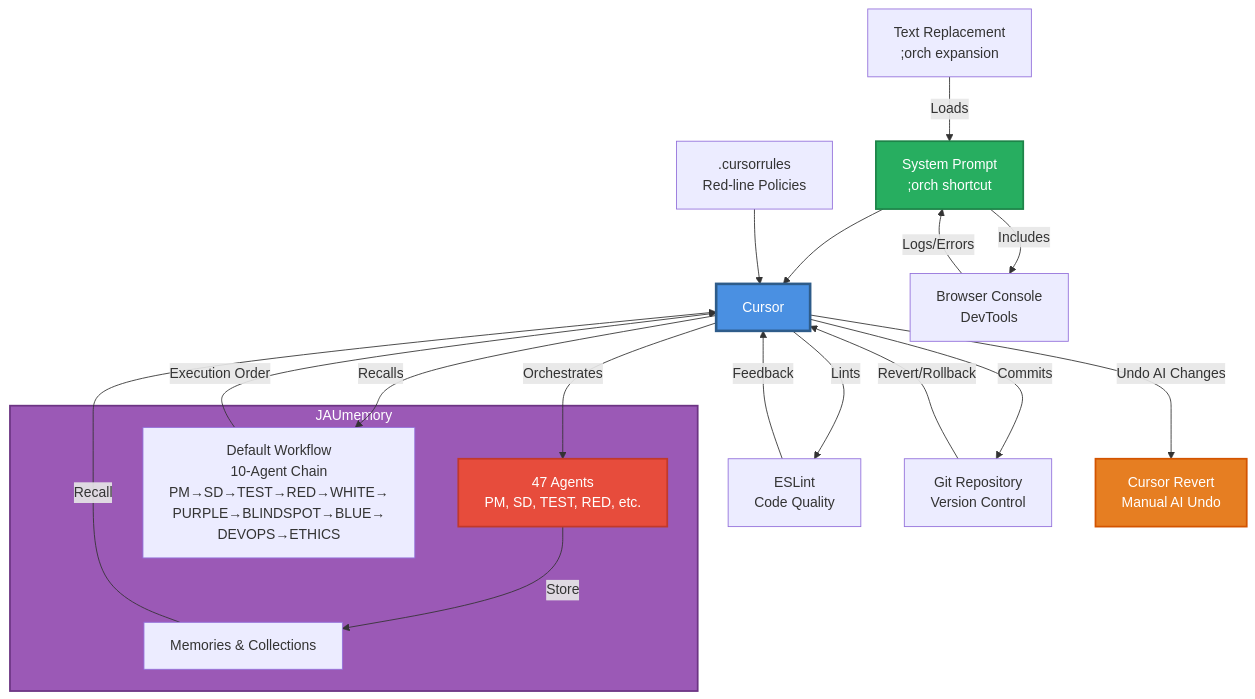
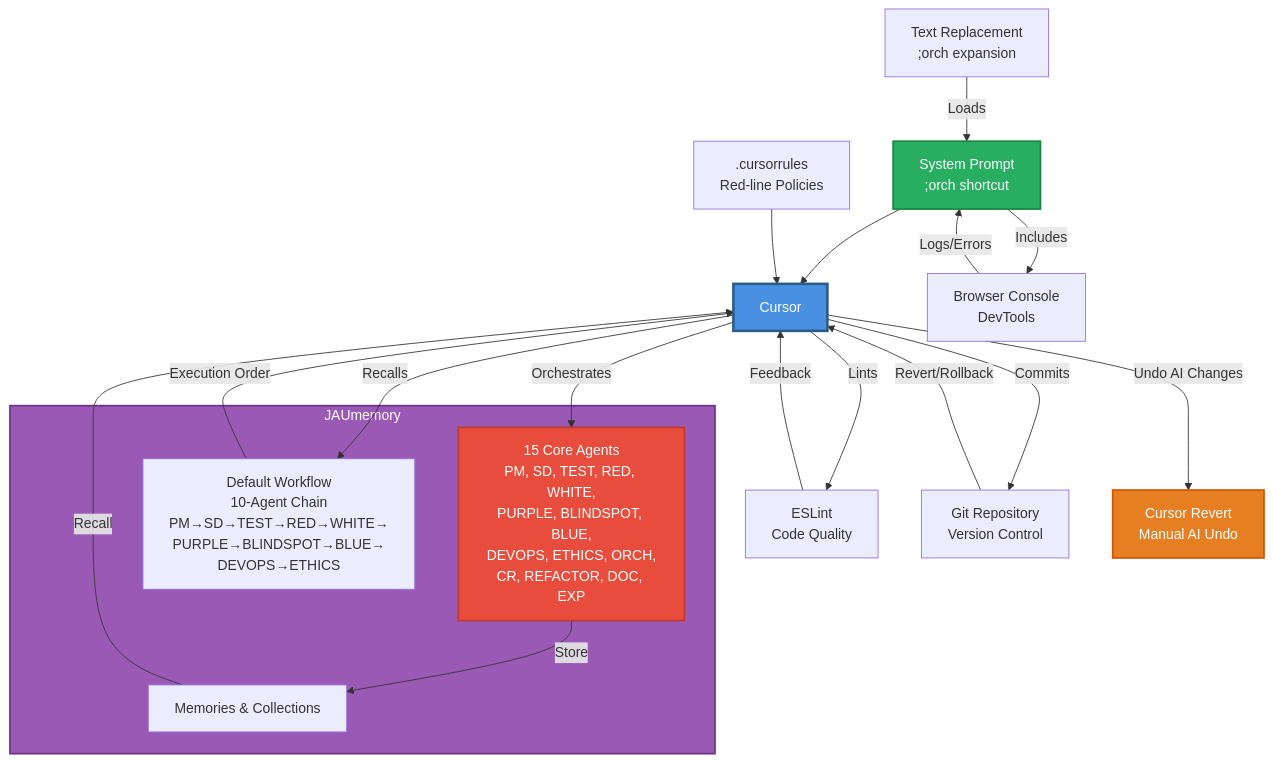
One commit to shiftshapr/context-coding changed the diagram in SYSTEM_DIAGRAM_PROMPT.md. Above: the diagram before and after it, drawn with Mermaid. The commit also changed other lines of this file and 1 other file, not shown here.

Commit message:
docs: streamline agents to 15 core (10 workflow + 5 specialized) for clarity

````diff
--- a/SYSTEM_DIAGRAM_PROMPT.md
+++ b/SYSTEM_DIAGRAM_PROMPT.md
@@ -50,36 +3,36 @@
 ```mermaid
 graph TB
     SP[System Prompt<br/>;orch shortcut] --> Cursor
     CR[.cursorrules<br/>Red-line Policies] --> Cursor
     
     subgraph JM[JAUmemory]
-        Agents[47 Agents<br/>PM, SD, TEST, RED, etc.]
+        Agents[15 Core Agents<br/>PM, SD, TEST, RED, WHITE,<br/>PURPLE, BLINDSPOT, BLUE,<br/>DEVOPS, ETHICS, ORCH,<br/>CR, REFACTOR, DOC, EXP]
         Memories[Memories & Collections]
         WF[Default Workflow<br/>10-Agent Chain<br/>PM→SD→TEST→RED→WHITE→<br/>PURPLE→BLINDSPOT→BLUE→<br/>DEVOPS→ETHICS]
     end
     
     Cursor -->|Orchestrates| Agents
     Cursor -->|Recalls| WF
     Agents -->|Store| Memories
     Memories -->|Recall| Cursor
     WF -->|Execution Order| Cursor
     
     BC[Browser Console<br/>DevTools] -->|Logs/Errors| SP
     SP -->|Includes| BC
     
     Cursor -->|Lints| ESLint[ESLint<br/>Code Quality]
     ESLint -->|Feedback| Cursor
     
     Cursor -->|Commits| Git[Git Repository<br/>Version Control]
     Git -->|Revert/Rollback| Cursor
     
     Cursor -->|Undo AI Changes| Revert[Cursor Revert<br/>Manual AI Undo]
     
     TR[Text Replacement<br/>;orch expansion] -->|Loads| SP
     
     style Cursor fill:#4A90E2,stroke:#2E5C8A,stroke-width:3px,color:#fff
     style JM fill:#9B59B6,stroke:#6C3483,stroke-width:2px,color:#fff
     style Agents fill:#E74C3C,stroke:#C0392B,stroke-width:2px,color:#fff
     style SP fill:#27AE60,stroke:#1E8449,stroke-width:2px,color:#fff
     style Revert fill:#E67E22,stroke:#D35400,stroke-width:2px,color:#fff
 ```
````
